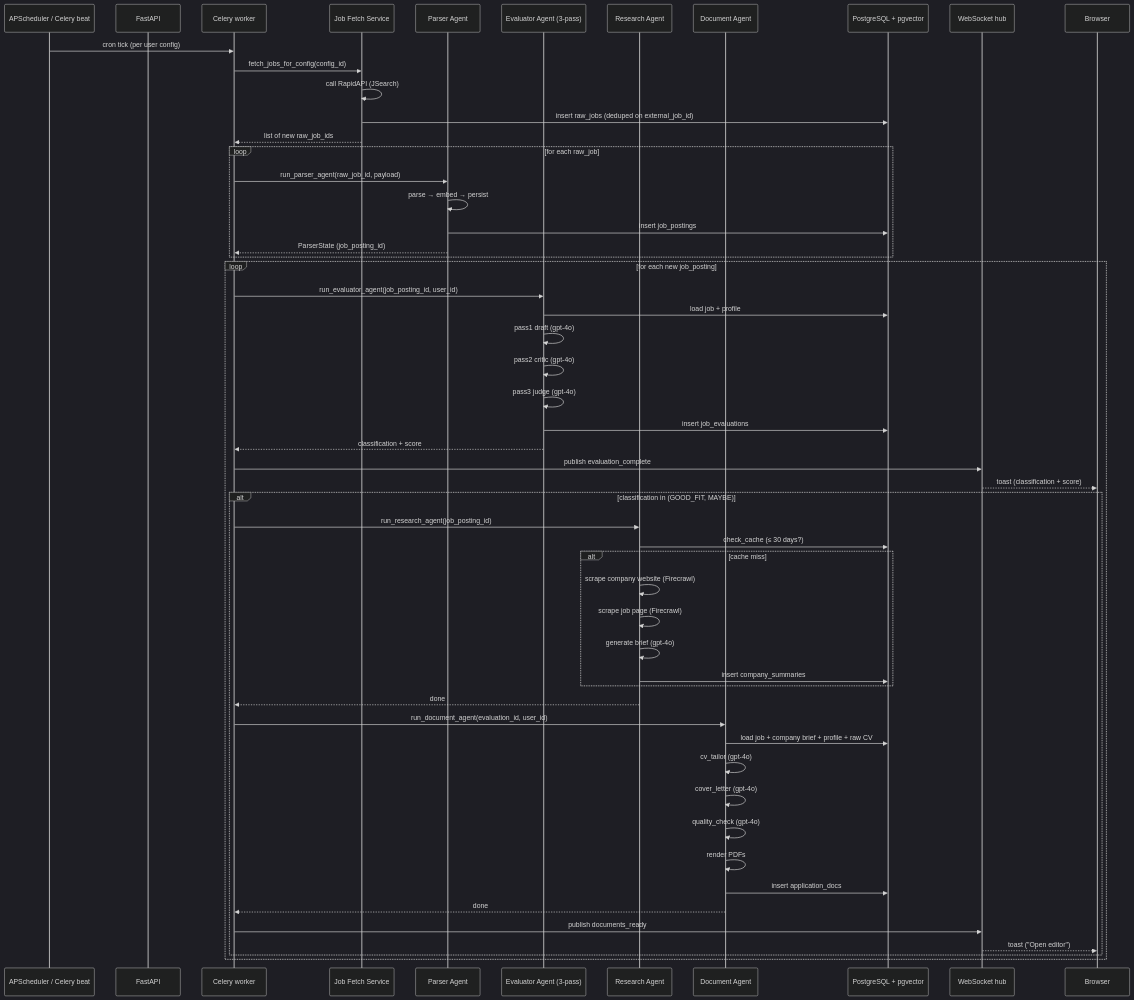
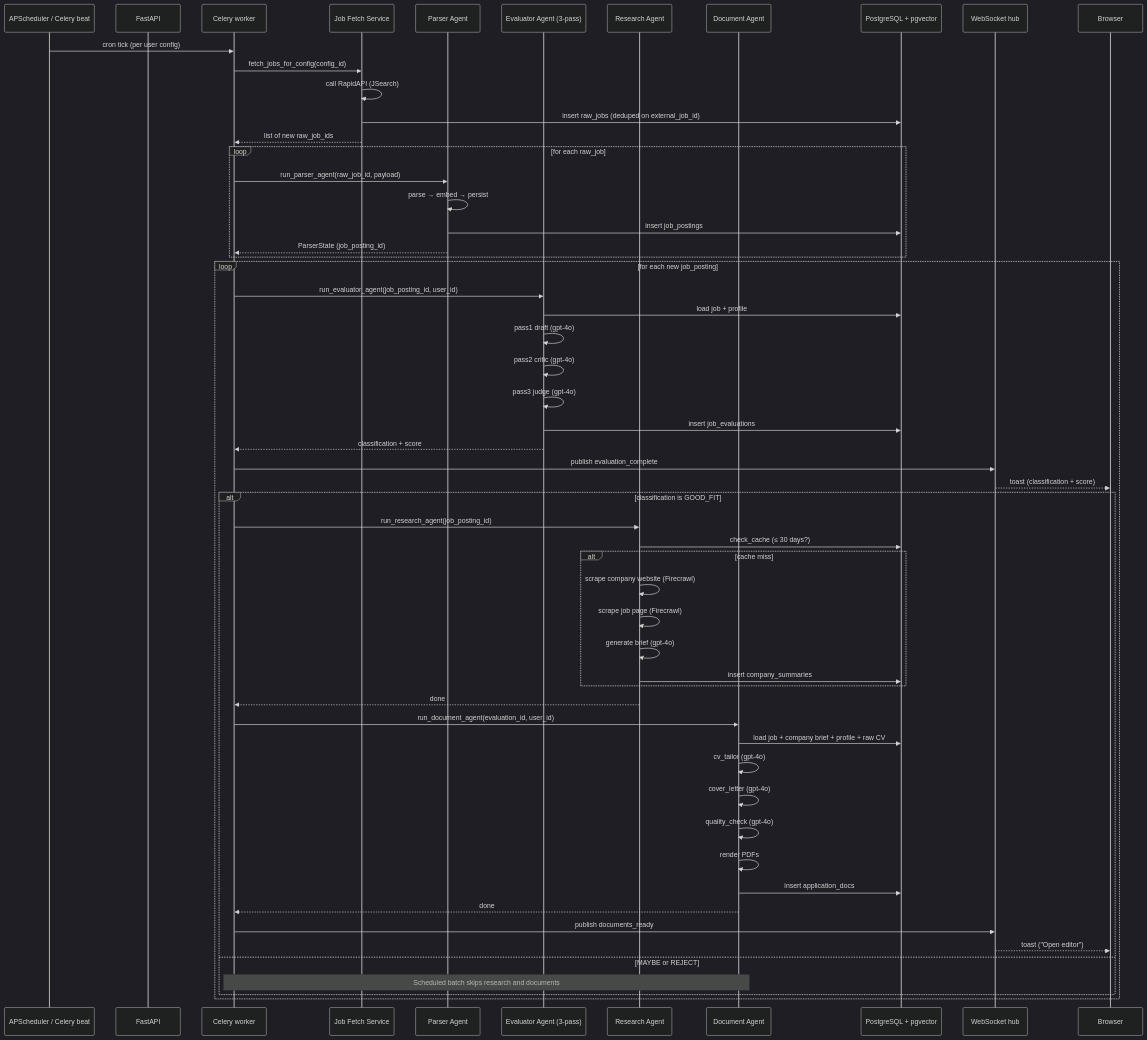
The diagram in docs/architecture/diagrams/pipeline-sequence.md (Gathondu/kaziro), drawn with Mermaid (dark theme) before and after one commit. The commit also changed 17 other files, not shown here.

````diff
--- a/docs/architecture/diagrams/pipeline-sequence.md
+++ b/docs/architecture/diagrams/pipeline-sequence.md
@@ -11,63 +11,65 @@
 ```mermaid
 sequenceDiagram
   participant Sched as APScheduler / Celery beat
   participant API as FastAPI
   participant Cel as Celery worker
   participant Fetch as Job Fetch Service
   participant Parse as Parser Agent
   participant Eval as Evaluator Agent (3-pass)
   participant Res as Research Agent
   participant Doc as Document Agent
   participant DB as PostgreSQL + pgvector
   participant WS as WebSocket hub
   participant Browser
 
   Sched->>Cel: cron tick (per user config)
   Cel->>Fetch: fetch_jobs_for_config(config_id)
   Fetch->>Fetch: call RapidAPI (JSearch)
   Fetch->>DB: insert raw_jobs (deduped on external_job_id)
   Fetch-->>Cel: list of new raw_job_ids
 
   loop for each raw_job
     Cel->>Parse: run_parser_agent(raw_job_id, payload)
     Parse->>Parse: parse → embed → persist
     Parse->>DB: insert job_postings
     Parse-->>Cel: ParserState (job_posting_id)
   end
 
   loop for each new job_posting
     Cel->>Eval: run_evaluator_agent(job_posting_id, user_id)
     Eval->>DB: load job + profile
     Eval->>Eval: pass1 draft (gpt-4o)
     Eval->>Eval: pass2 critic (gpt-4o)
     Eval->>Eval: pass3 judge (gpt-4o)
     Eval->>DB: insert job_evaluations
     Eval-->>Cel: classification + score
     Cel->>WS: publish evaluation_complete
     WS-->>Browser: toast (classification + score)
 
-    alt classification in (GOOD_FIT, MAYBE)
+    alt classification is GOOD_FIT
       Cel->>Res: run_research_agent(job_posting_id)
       Res->>DB: check_cache (≤ 30 days?)
 
       alt cache miss
         Res->>Res: scrape company website (Firecrawl)
         Res->>Res: scrape job page (Firecrawl)
         Res->>Res: generate brief (gpt-4o)
         Res->>DB: insert company_summaries
       end
 
       Res-->>Cel: done
       Cel->>Doc: run_document_agent(evaluation_id, user_id)
       Doc->>DB: load job + company brief + profile + raw CV
       Doc->>Doc: cv_tailor (gpt-4o)
       Doc->>Doc: cover_letter (gpt-4o)
       Doc->>Doc: quality_check (gpt-4o)
       Doc->>Doc: render PDFs
       Doc->>DB: insert application_docs
       Doc-->>Cel: done
       Cel->>WS: publish documents_ready
       WS-->>Browser: toast ("Open editor")
+    else MAYBE or REJECT
+      Note over Cel,Doc: Scheduled batch skips research and documents
     end
   end
 ```
````
